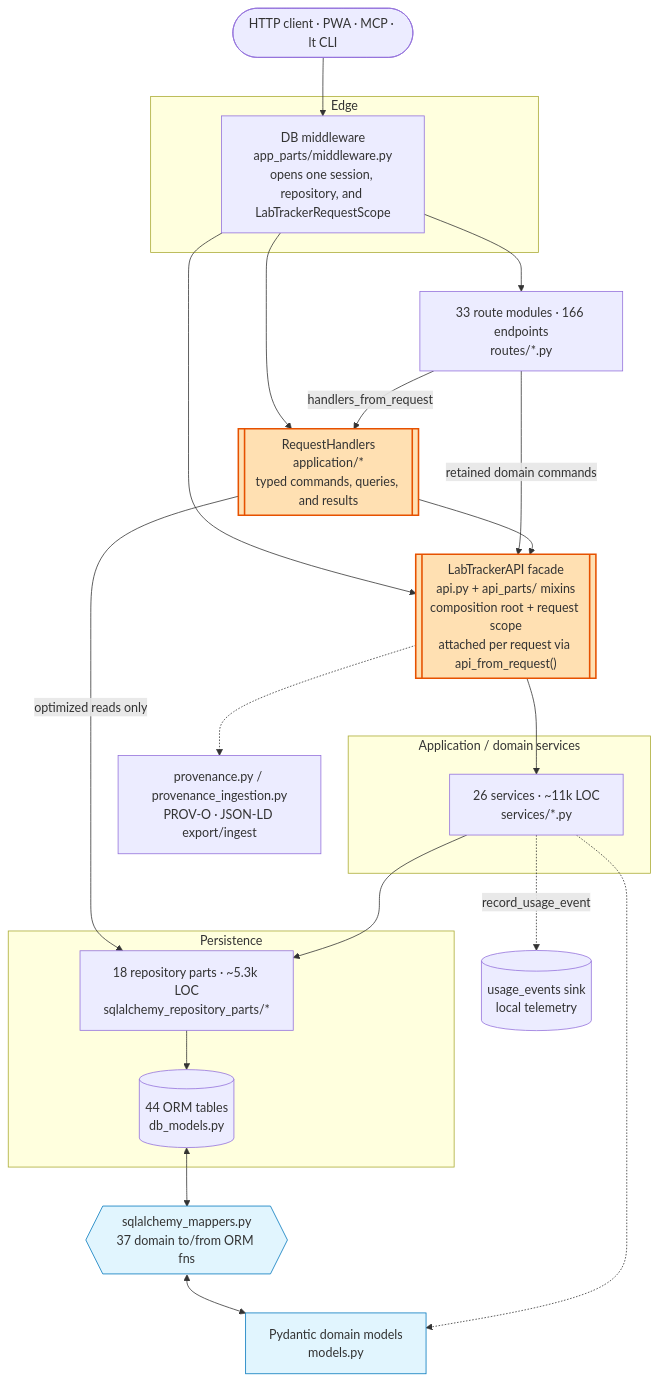
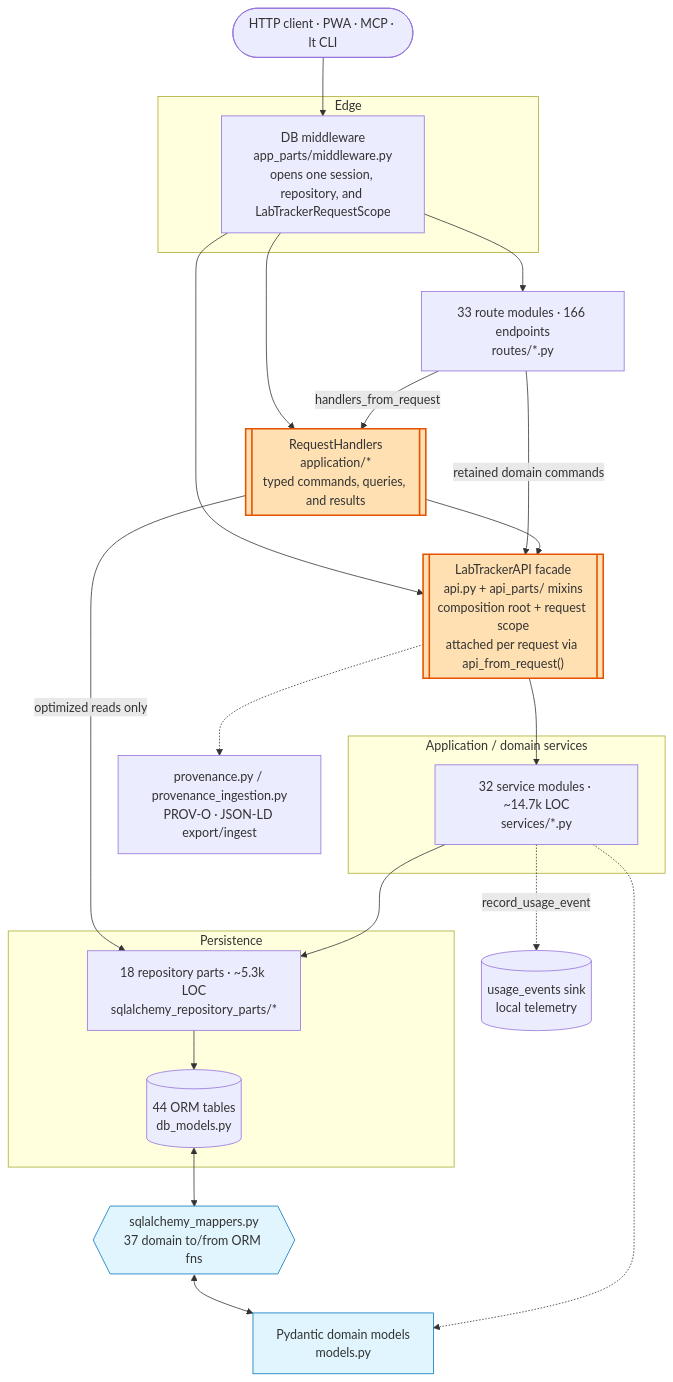
Before and after one commit to SamuelBrudner/lab-tracker: the diagram in docs/internal-boundaries.md, drawn with Mermaid. The commit also changed other lines of this file and 18 other files, not shown here.

First line of the commit message:
refactor: split graph draft lifecycle coordinators (prescribed by bead lab-tracker-t4x0.11)

````diff
--- a/docs/internal-boundaries.md
+++ b/docs/internal-boundaries.md
@@ -16,50 +16,50 @@
 ```mermaid
 flowchart TD
     client(["HTTP client · PWA · MCP · lt CLI"])
 
     subgraph edge["Edge"]
       mw["DB middleware<br/>app_parts/middleware.py<br/>opens one session, repository, and LabTrackerRequestScope"]
     end
 
     routes["33 route modules · 166 endpoints<br/>routes/*.py"]
 
     handlers[["RequestHandlers<br/>application/*<br/>typed commands, queries, and results"]]
 
     facade[["LabTrackerAPI facade<br/>api.py + api_parts/ mixins<br/>composition root + request scope<br/>attached per request via api_from_request()"]]
 
     subgraph app["Application / domain services"]
-      services["26 services · ~11k LOC<br/>services/*.py"]
+      services["32 service modules · ~14.7k LOC<br/>services/*.py"]
     end
 
     subgraph data["Persistence"]
       repo["18 repository parts · ~5.3k LOC<br/>sqlalchemy_repository_parts/*"]
       orm[("44 ORM tables<br/>db_models.py")]
     end
 
     mappers{{"sqlalchemy_mappers.py<br/>37 domain to/from ORM fns"}}
     domain["Pydantic domain models<br/>models.py"]
 
     prov["provenance.py / provenance_ingestion.py<br/>PROV-O · JSON-LD export/ingest"]
     usage[("usage_events sink<br/>local telemetry")]
 
     client --> mw --> routes
     mw --> handlers
     mw --> facade
     routes -->|handlers_from_request| handlers
     routes -->|retained domain commands| facade
     handlers --> facade
     handlers -->|optimized reads only| repo
     facade --> services
     services --> repo
     repo --> orm
     orm <--> mappers
     mappers <--> domain
     services -.-> domain
     facade -.-> prov
     services -.->|record_usage_event| usage
 
     classDef chokepoint fill:#ffe0b2,stroke:#e65100,stroke-width:2px;
     classDef seam fill:#e1f5fe,stroke:#0277bd;
     class handlers,facade chokepoint;
     class mappers,domain seam;
 ```
````
